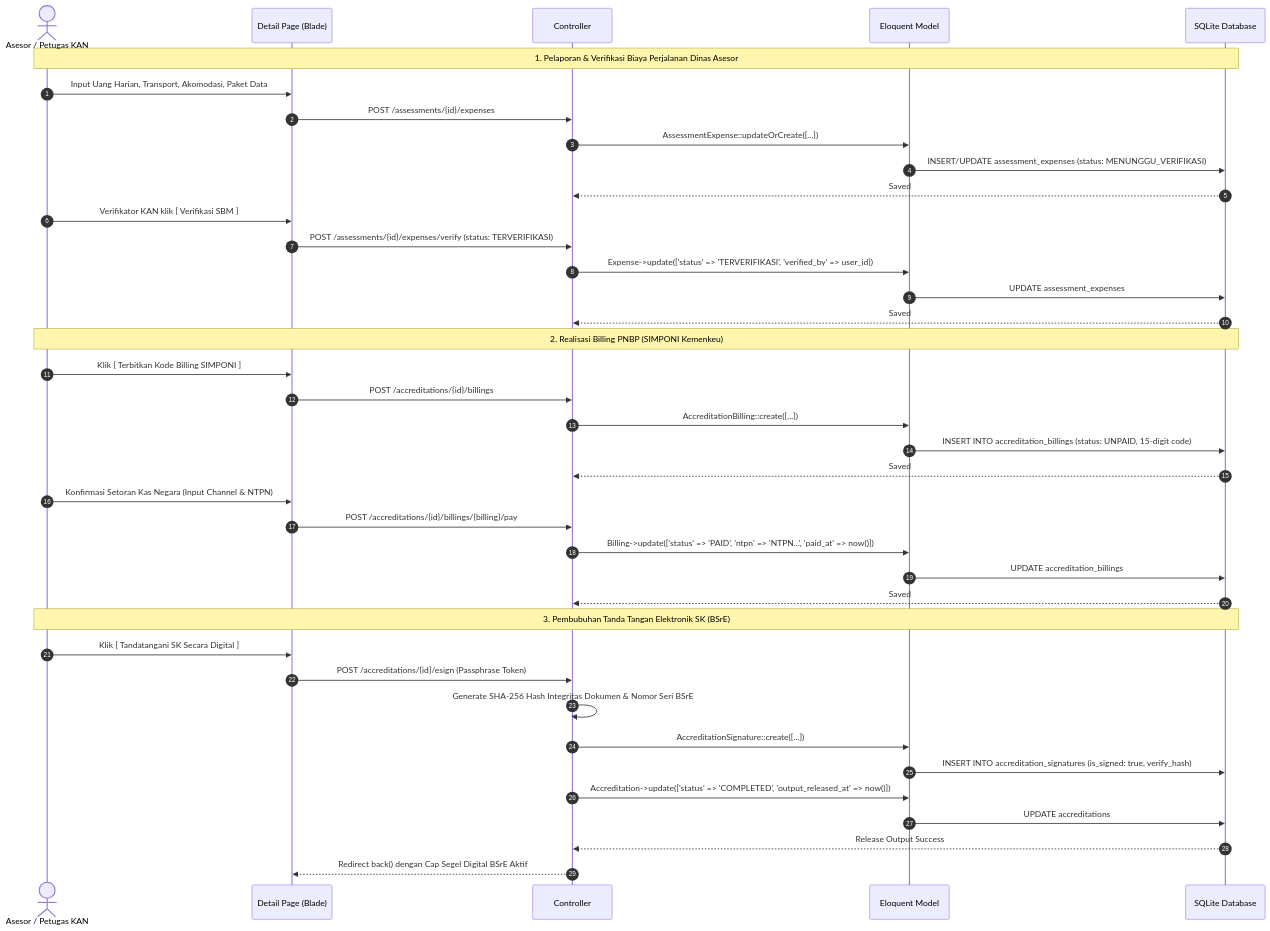
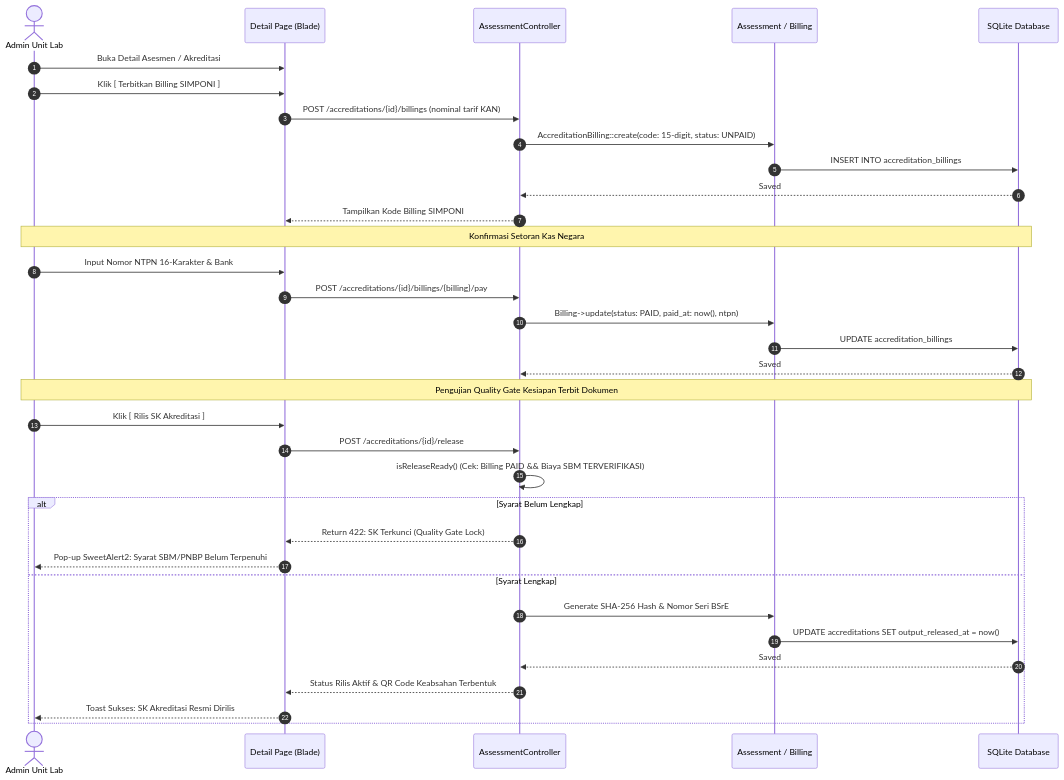
Before and after one commit to greedykid/prototype-magang: the sixth of 8 diagrams in docs/04-tahap-perancangan.md, drawn with Mermaid. The commit also changed other lines of this file and 95 other files, not shown here.

````diff
--- a/docs/04-tahap-perancangan.md
+++ b/docs/04-tahap-perancangan.md
@@ -310,44 +240,39 @@
 ```mermaid
 sequenceDiagram
     autonumber
-    actor User as Asesor / Petugas KAN
+    actor Admin as Admin Unit Lab
     participant View as Detail Page (Blade)
-    participant Ctrl as Controller
-    participant Model as Eloquent Model
+    participant Ctrl as AssessmentController
+    participant Model as Assessment / Billing
     participant DB as SQLite Database
 
-    Note over User,DB: 1. Pelaporan & Verifikasi Biaya Perjalanan Dinas Asesor
-    User->>View: Input Uang Harian, Transport, Akomodasi, Paket Data
-    View->>Ctrl: POST /assessments/{id}/expenses
-    Ctrl->>Model: AssessmentExpense::updateOrCreate([...])
-    Model->>DB: INSERT/UPDATE assessment_expenses (status: MENUNGGU_VERIFIKASI)
+    Admin->>View: Buka Detail Asesmen / Akreditasi
+    Admin->>View: Klik [ Terbitkan Billing SIMPONI ]
+    View->>Ctrl: POST /accreditations/{id}/billings (nominal tarif KAN)
+    Ctrl->>Model: AccreditationBilling::create(code: 15-digit, status: UNPAID)
+    Model->>DB: INSERT INTO accreditation_billings
     DB-->>Ctrl: Saved
-    User->>View: Verifikator KAN klik [ Verifikasi SBM ]
-    View->>Ctrl: POST /assessments/{id}/expenses/verify (status: TERVERIFIKASI)
-    Ctrl->>Model: Expense->update(['status' => 'TERVERIFIKASI', 'verified_by' => user_id])
-    Model->>DB: UPDATE assessment_expenses
-    DB-->>Ctrl: Saved
+    Ctrl-->>View: Tampilkan Kode Billing SIMPONI
 
-    Note over User,DB: 2. Realisasi Billing PNBP (SIMPONI Kemenkeu)
-    User->>View: Klik [ Terbitkan Kode Billing SIMPONI ]
-    View->>Ctrl: POST /accreditations/{id}/billings
-    Ctrl->>Model: AccreditationBilling::create([...])
-    Model->>DB: INSERT INTO accreditation_billings (status: UNPAID, 15-digit code)
-    DB-->>Ctrl: Saved
-    User->>View: Konfirmasi Setoran Kas Negara (Input Channel & NTPN)
+    Note over Admin,DB: Konfirmasi Setoran Kas Negara
+    Admin->>View: Input Nomor NTPN 16-Karakter & Bank
     View->>Ctrl: POST /accreditations/{id}/billings/{billing}/pay
-    Ctrl->>Model: Billing->update(['status' => 'PAID', 'ntpn' => 'NTPN...', 'paid_at' => now()])
+    Ctrl->>Model: Billing->update(status: PAID, paid_at: now(), ntpn)
     Model->>DB: UPDATE accreditation_billings
     DB-->>Ctrl: Saved
 
-    Note over User,DB: 3. Pembubuhan Tanda Tangan Elektronik SK (BSrE)
-    User->>View: Klik [ Tandatangani SK Secara Digital ]
-    View->>Ctrl: POST /accreditations/{id}/esign (Passphrase Token)
-    Ctrl->>Ctrl: Generate SHA-256 Hash Integritas Dokumen & Nomor Seri BSrE
-    Ctrl->>Model: AccreditationSignature::create([...])
-    Model->>DB: INSERT INTO accreditation_signatures (is_signed: true, verify_hash)
-    Ctrl->>Model: Accreditation->update(['status' => 'COMPLETED', 'output_released_at' => now()])
-    Model->>DB: UPDATE accreditations
-    DB-->>Ctrl: Release Output Success
-    Ctrl-->>View: Redirect back() dengan Cap Segel Digital BSrE Aktif
+    Note over Admin,DB: Pengujian Quality Gate Kesiapan Terbit Dokumen
+    Admin->>View: Klik [ Rilis SK Akreditasi ]
+    View->>Ctrl: POST /accreditations/{id}/release
+    Ctrl->>Ctrl: isReleaseReady() (Cek: Billing PAID && Biaya SBM TERVERIFIKASI)
+    alt Syarat Belum Lengkap
+        Ctrl-->>View: Return 422: SK Terkunci (Quality Gate Lock)
+        View-->>Admin: Pop-up SweetAlert2: Syarat SBM/PNBP Belum Terpenuhi
+    else Syarat Lengkap
+        Ctrl->>Model: Generate SHA-256 Hash & Nomor Seri BSrE
+        Model->>DB: UPDATE accreditations SET output_released_at = now()
+        DB-->>Ctrl: Saved
+        Ctrl-->>View: Status Rilis Aktif & QR Code Keabsahan Terbentuk
+        View-->>Admin: Toast Sukses: SK Akreditasi Resmi Dirilis
+    end
 ```
````
